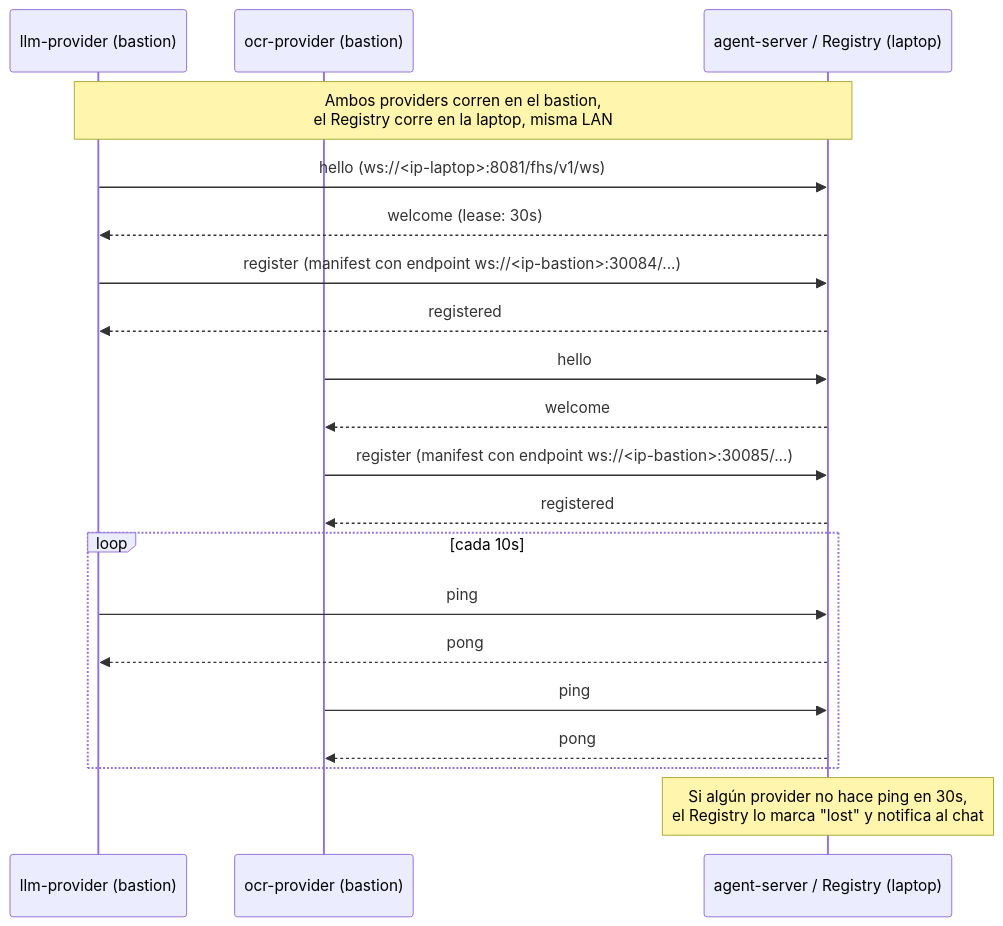
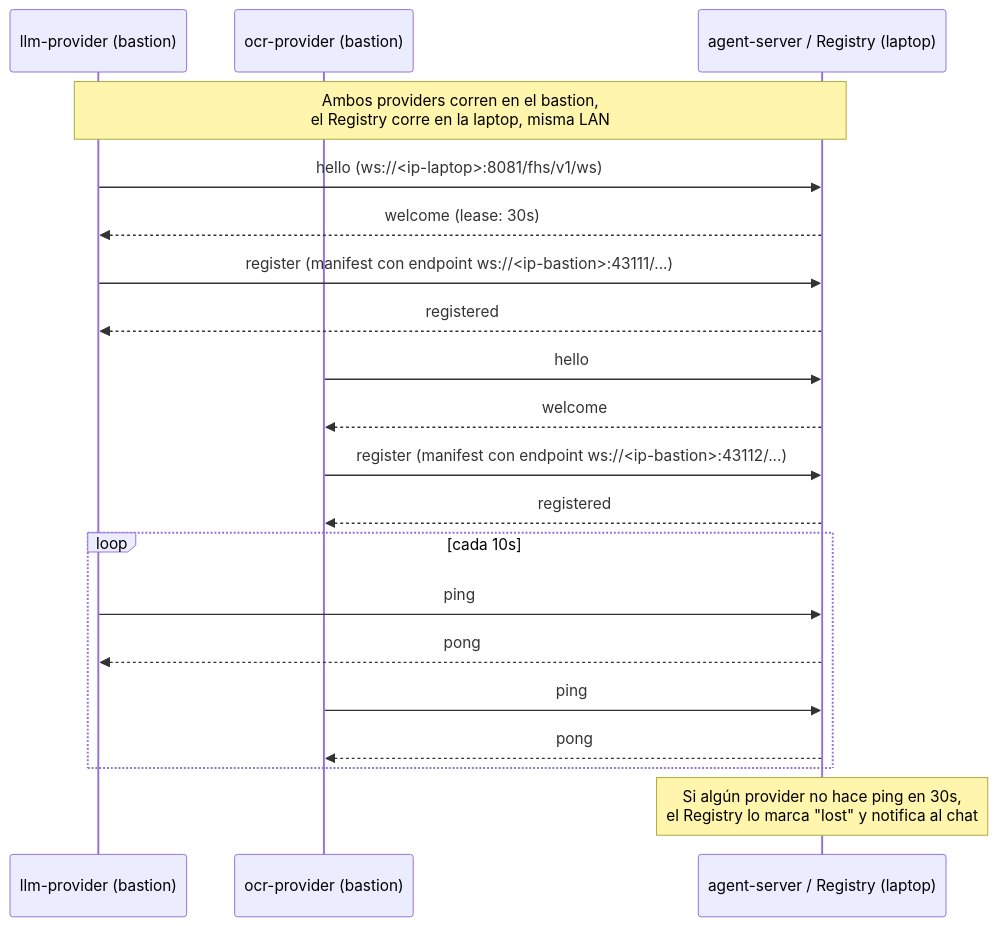
The second of 2 diagrams in docs/despliegue-multi-host.md (rafex/galaxIA), drawn with Mermaid before and after one commit. The commit also changed other lines of this file and 4 other files, not shown here.

````diff
--- a/docs/despliegue-multi-host.md
+++ b/docs/despliegue-multi-host.md
@@ -65,27 +65,27 @@
 ```mermaid
 sequenceDiagram
     participant LP as llm-provider (bastion)
     participant OP as ocr-provider (bastion)
     participant REG as agent-server / Registry (laptop)
 
     Note over LP,REG: Ambos providers corren en el bastion,<br/>el Registry corre en la laptop, misma LAN
 
     LP->>REG: hello (ws://<ip-laptop>:8081/fhs/v1/ws)
     REG-->>LP: welcome (lease: 30s)
-    LP->>REG: register (manifest con endpoint ws://<ip-bastion>:30084/...)
+    LP->>REG: register (manifest con endpoint ws://<ip-bastion>:43111/...)
     REG-->>LP: registered
 
     OP->>REG: hello
     REG-->>OP: welcome
-    OP->>REG: register (manifest con endpoint ws://<ip-bastion>:30085/...)
+    OP->>REG: register (manifest con endpoint ws://<ip-bastion>:43112/...)
     REG-->>OP: registered
 
     loop cada 10s
         LP->>REG: ping
         REG-->>LP: pong
         OP->>REG: ping
         REG-->>OP: pong
     end
 
     Note over REG: Si algún provider no hace ping en 30s,<br/>el Registry lo marca "lost" y notifica al chat
 ```
````
